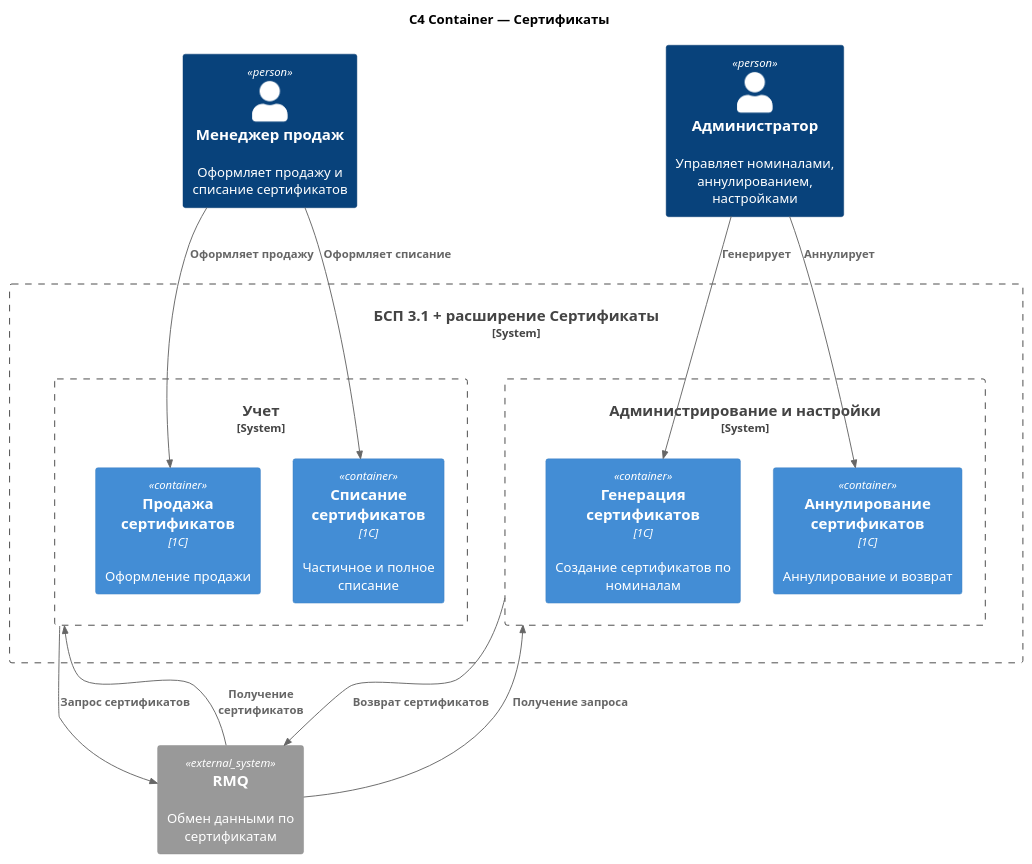
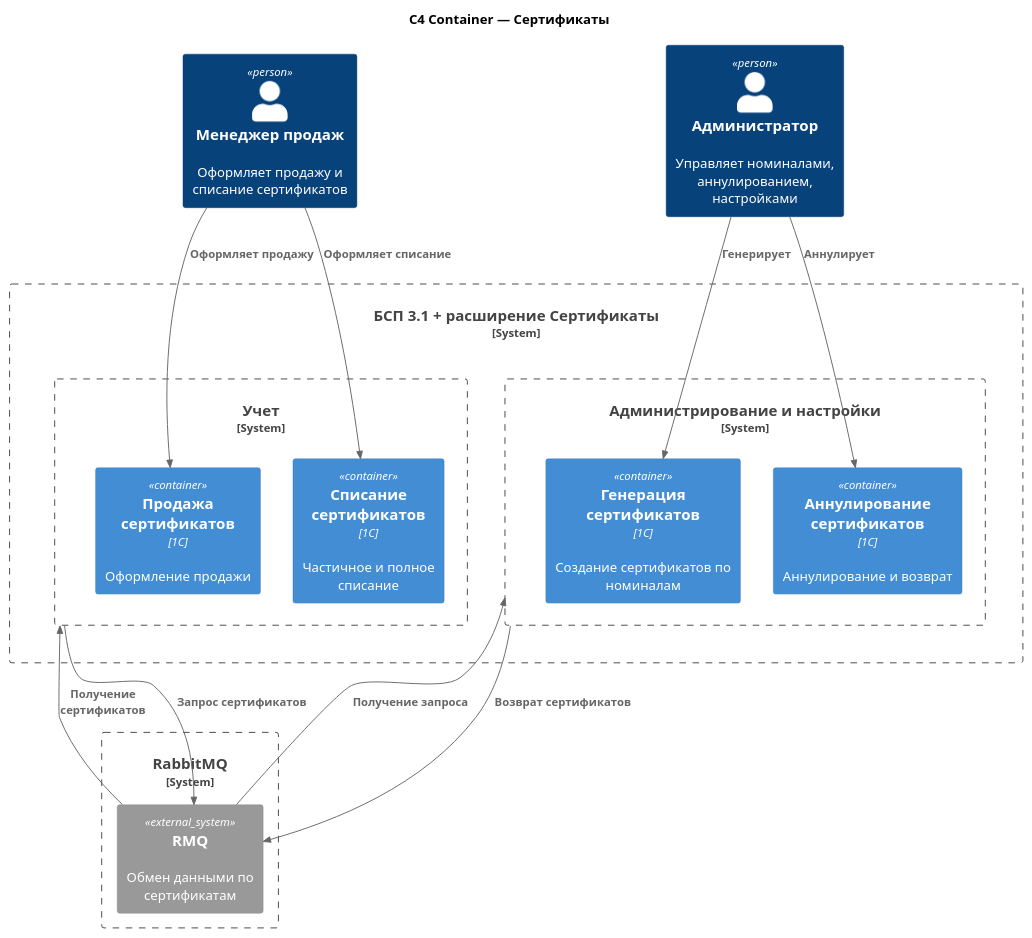
Before and after one commit to Paha-88/OtusProjectFrolko: the diagram in doc/СхемыИсходники/C4_PlantUML.puml, drawn with PlantUML. The commit also changed 6 other files, not shown here.

```diff
--- a/doc/СхемыИсходники/C4_PlantUML.puml
+++ b/doc/СхемыИсходники/C4_PlantUML.puml
@@ -1,40 +1,42 @@
 @startuml C4_Container
 !include <C4/C4_Container>
 
 ' Принудительная компоновка сверху вниз
 LAYOUT_TOP_DOWN()
 
 title C4 Container — Сертификаты
 
 Person(manager, "Менеджер продаж", "Оформляет продажу и списание сертификатов")
 Person(admin, "Администратор", "Управляет номиналами, аннулированием, настройками")
 
 System_Boundary(block_bsp, "БСП 3.1 + расширение Сертификаты") {
 
   System_Boundary(block_adm, "Администрирование и настройки") {
     Container(Gen_Serf, "Генерация сертификатов", "1С", "Создание сертификатов по номиналам")
     Container(annul_serf, "Аннулирование сертификатов", "1С", "Аннулирование и возврат")
   }
 
   System_Boundary(block_prod, "Учет") {
     Container(sale_Serf, "Продажа сертификатов", "1С", "Оформление продажи")
     Container(Spisanie_serf, "Списание сертификатов", "1С", "Частичное и полное списание")
   }
 }
 
-System_Ext(rmq, "RMQ", "Обмен данными по сертификатам")
+System_Boundary(block_RMQ, "RabbitMQ") {
+  System_Ext(rmq, "RMQ", "Обмен данными по сертификатам")
+} 
 
 Rel(manager, sale_Serf, "Оформляет продажу")
 Rel(manager, Spisanie_serf, "Оформляет списание")
 Rel(admin, Gen_Serf, "Генерирует")
 Rel(admin, annul_serf, "Аннулирует")
 
 Rel(block_prod, rmq, "Запрос сертификатов")
 Rel(block_adm, rmq, "Возврат сертификатов")
 Rel(rmq, block_adm, "Получение запроса")
 Rel(rmq, block_prod, "Получение сертификатов")
 
 ' Невидимая связь, чтобы RMQ гарантированно оказался ниже block_bsp
 block_bsp -[hidden]down-> rmq
 
 @enduml
```
